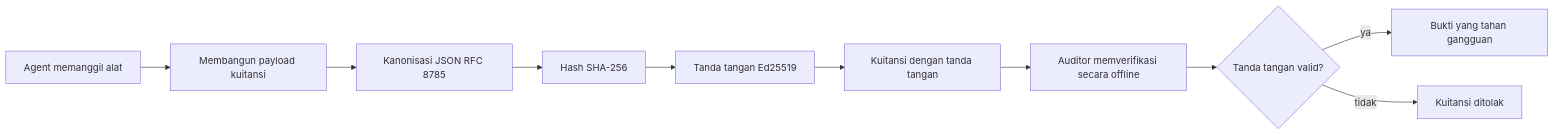
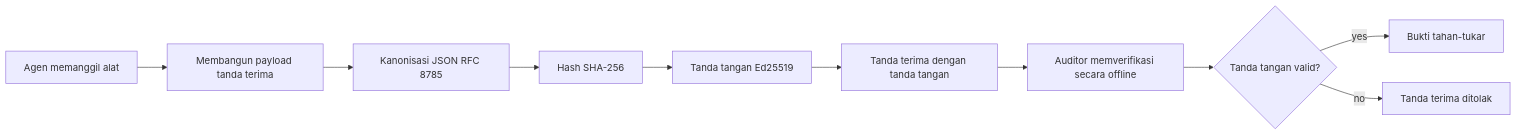
One commit to microsoft/ai-agents-for-beginners changed the first of 2 diagrams in translations/id/18-securing-ai-agents/README.md. Above: the diagram before and after it, drawn with Mermaid. The commit also changed other lines of this file and 222 other files, not shown here.

````diff
--- a/translations/id/18-securing-ai-agents/README.md
+++ b/translations/id/18-securing-ai-agents/README.md
@@ -51,12 +51,12 @@
 ```mermaid
 flowchart LR
-    A[Agent memanggil alat] --> B[Membangun payload kuitansi]
+    A[Agen memanggil alat] --> B[Membangun payload tanda terima]
     B --> C[Kanonisasi JSON RFC 8785]
     C --> D[Hash SHA-256]
     D --> E[Tanda tangan Ed25519]
-    E --> F[Kuitansi dengan tanda tangan]
+    E --> F[Tanda terima dengan tanda tangan]
     F --> G[Auditor memverifikasi secara offline]
     G --> H{Tanda tangan valid?}
-    H -- ya --> I[Bukti yang tahan gangguan]
-    H -- tidak --> J[Kuitansi ditolak]
+    H -- yes --> I[Bukti tahan-tukar]
+    H -- no --> J[Tanda terima ditolak]
 ```
````
